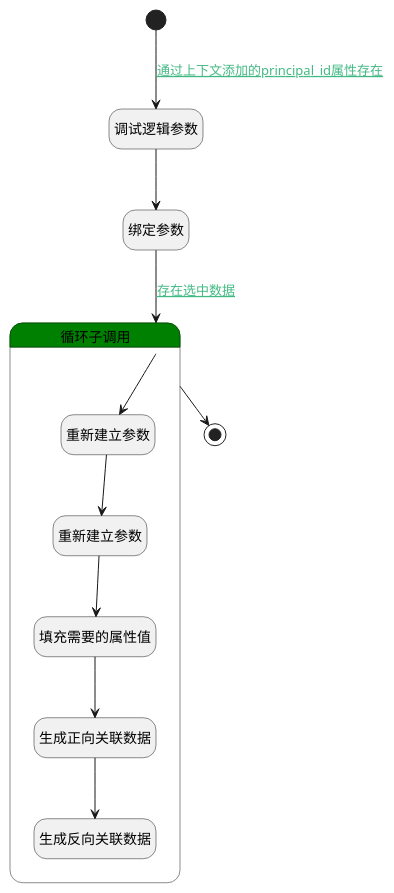
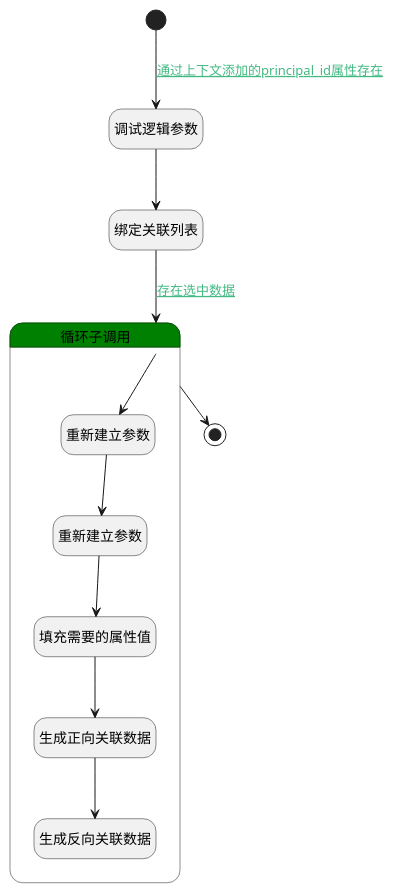
Before and after one commit to iBizLab/plm: the diagram in doc/docsify/module/TestMgmt/review_content/logic/program_test_case.md, drawn with PlantUML. The commit also changed other lines of this file and 1778 other files, not shown here.

````diff
--- a/doc/docsify/module/TestMgmt/review_content/logic/program_test_case.md
+++ b/doc/docsify/module/TestMgmt/review_content/logic/program_test_case.md
@@ -7,36 +7,36 @@
 ```plantuml
 @startuml
 hide empty description
 <style>
 root {
   HyperlinkColor #42b983
 }
 </style>
 
 hide empty description
 state "开始" as Begin <<start>> [[$./program_test_case#begin {"开始"}]]
 state "调试逻辑参数" as DEBUGPARAM1  [[$./program_test_case#debugparam1 {"调试逻辑参数"}]]
-state "绑定参数" as BINDPARAM1  [[$./program_test_case#bindparam1 {"绑定参数"}]]
+state "绑定关联列表" as BINDPARAM1  [[$./program_test_case#bindparam1 {"绑定关联列表"}]]
 state "结束" as END1 <<end>> [[$./program_test_case#end1 {"结束"}]]
 state "循环子调用" as LOOPSUBCALL1  [[$./program_test_case#loopsubcall1 {"循环子调用"}]] #green {
 state "重新建立参数" as RENEWPARAM1  [[$./program_test_case#renewparam1 {"重新建立参数"}]]
 state "重新建立参数" as RENEWPARAM2  [[$./program_test_case#renewparam2 {"重新建立参数"}]]
 state "填充需要的属性值" as PREPAREPARAM1  [[$./program_test_case#prepareparam1 {"填充需要的属性值"}]]
 state "生成正向关联数据" as DEACTION1  [[$./program_test_case#deaction1 {"生成正向关联数据"}]]
 state "生成反向关联数据" as DEACTION2  [[$./program_test_case#deaction2 {"生成反向关联数据"}]]
 }
 
 
 Begin --> DEBUGPARAM1 : [[$./program_test_case#begin-debugparam1{通过上下文添加的principal_id属性存在} 通过上下文添加的principal_id属性存在]]
 DEBUGPARAM1 --> BINDPARAM1
 BINDPARAM1 --> LOOPSUBCALL1 : [[$./program_test_case#bindparam1-loopsubcall1{存在选中数据} 存在选中数据]]
 LOOPSUBCALL1 --> RENEWPARAM1
 RENEWPARAM1 --> RENEWPARAM2
 RENEWPARAM2 --> PREPAREPARAM1
 PREPAREPARAM1 --> DEACTION1
 DEACTION1 --> DEACTION2
 LOOPSUBCALL1 --> END1
 
 
 @enduml
 ```
````
